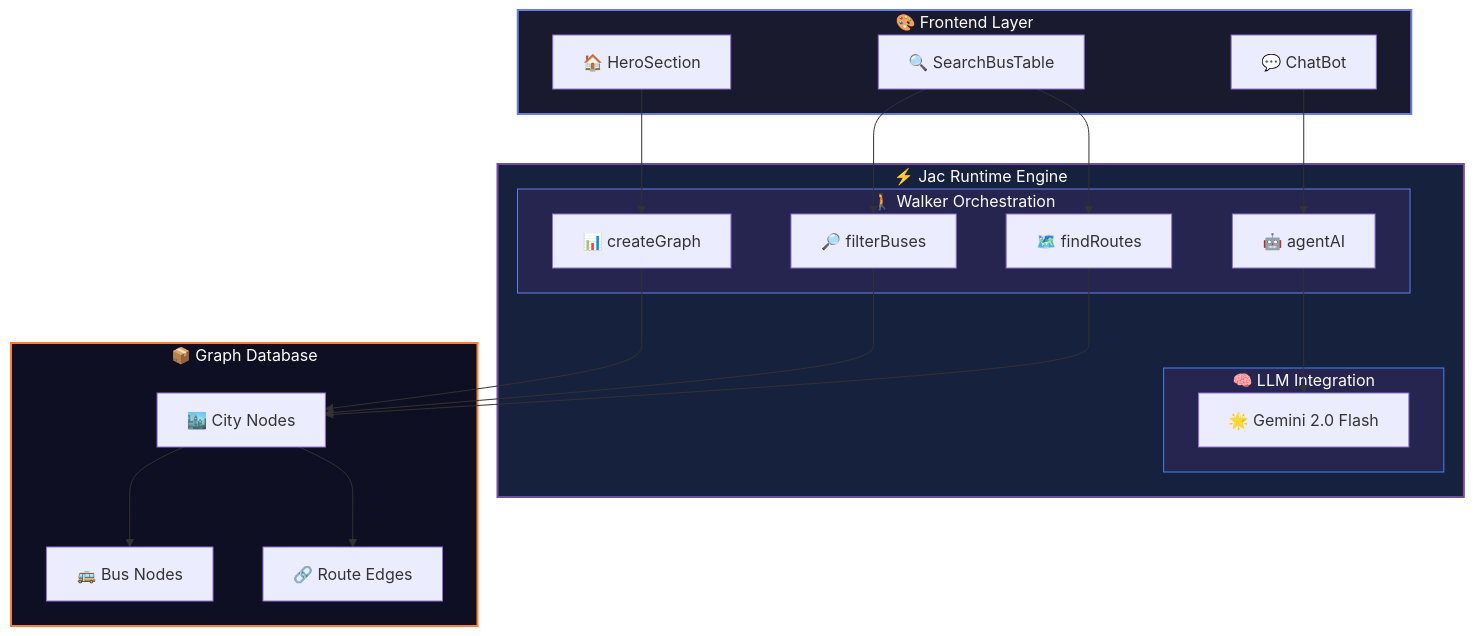
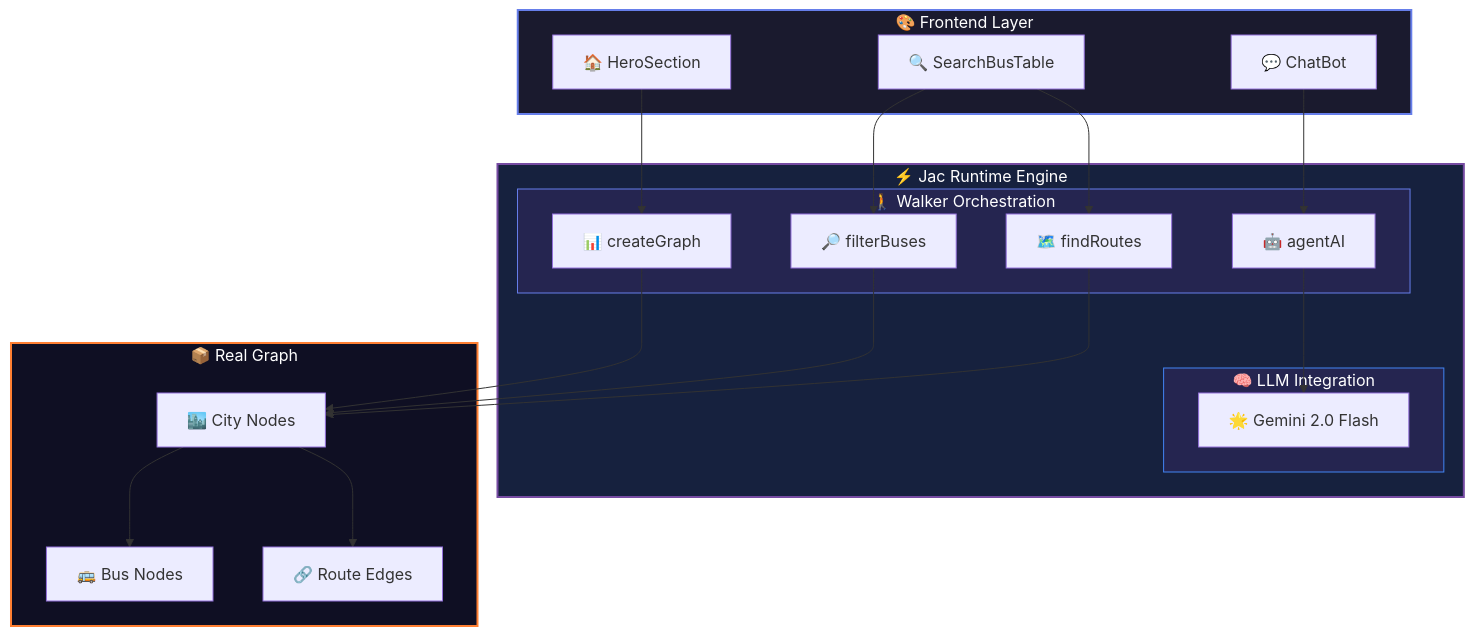
One commit to RavimalRanathunga/RouteGo changed the diagram in README.md. Above: the diagram before and after it, drawn with Mermaid.

````diff
--- a/README.md
+++ b/README.md
@@ -87,44 +87,44 @@
 ```mermaid
 flowchart TB
     subgraph Frontend["🎨 Frontend Layer"]
         A[🏠 HeroSection] 
         B[🔍 SearchBusTable]
         C[💬 ChatBot]
     end
     
     subgraph JacEngine["⚡ Jac Runtime Engine"]
         subgraph Walkers["🚶 Walker Orchestration"]
             D[📊 createGraph]
             E[🔎 filterBuses]
             F[🗺️ findRoutes]
             G[🤖 agentAI]
         end
         
         subgraph LLM["🧠 LLM Integration"]
             H[🌟 Gemini 2.0 Flash]
         end
     end
     
-    subgraph Database["📦 Graph Database"]
+    subgraph Database["📦 Real Graph"]
         I[🏙️ City Nodes]
         J[🚌 Bus Nodes]
         K[🔗 Route Edges]
     end
     
     A --> D
     B --> E
     B --> F
     C --> G
     G --> H
     D --> I
     E --> I
     F --> I
     I --> J
     I --> K
     
     style Frontend fill:#1a1a2e,stroke:#667eea,stroke-width:2px,color:#fff
     style JacEngine fill:#16213e,stroke:#764ba2,stroke-width:2px,color:#fff
     style Database fill:#0f0f23,stroke:#ff7f32,stroke-width:2px,color:#fff
     style Walkers fill:#252550,stroke:#667eea,stroke-width:1px,color:#fff
     style LLM fill:#252550,stroke:#4285F4,stroke-width:1px,color:#fff
 ```
````
